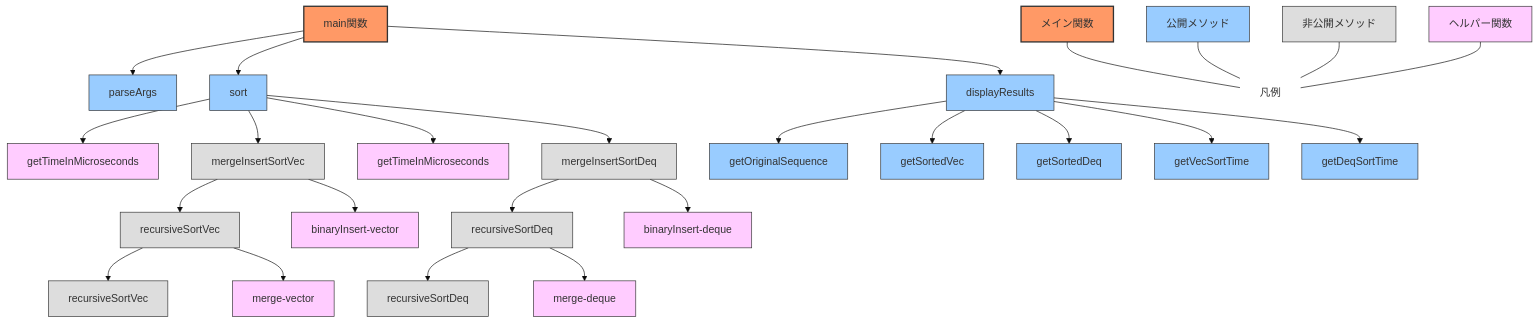
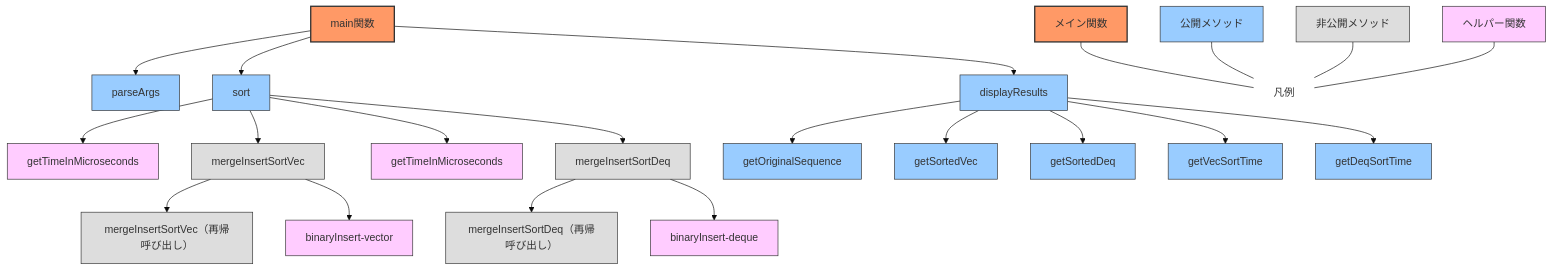
The diagram in CPP09/ex02/README.md (1RO8s/CPP00-04), drawn with Mermaid (base theme) before and after one commit. The commit also changed other lines of this file, not shown here.

Commit message:
[CPP09/ex02] mermaidの修正

````diff
--- a/CPP09/ex02/README.md
+++ b/CPP09/ex02/README.md
@@ -4,58 +4,52 @@
 ```mermaid
 graph TD
     %% メイン関数から始まる呼び出しフロー
     main[main関数] --> parseArgs[parseArgs]
     main --> sort[sort]
     main --> displayResults[displayResults]
     
     %% sort関数内での呼び出し
     sort --> getTimeInMicroseconds1[getTimeInMicroseconds]
     sort --> mergeInsertSortVec[mergeInsertSortVec]
     sort --> getTimeInMicroseconds2[getTimeInMicroseconds]
     sort --> mergeInsertSortDeq[mergeInsertSortDeq]
     
     %% vector実装での呼び出し階層
-    mergeInsertSortVec --> recursiveSortVec[recursiveSortVec]
+    mergeInsertSortVec --> mergeInsertSortVecSelf[mergeInsertSortVec（再帰呼び出し）]
     mergeInsertSortVec --> binaryInsertVec[binaryInsert-vector]
     
-    recursiveSortVec --> recursiveSortVecSelf[recursiveSortVec]
-    recursiveSortVec --> mergeVec[merge-vector]
-    
     %% deque実装での呼び出し階層
-    mergeInsertSortDeq --> recursiveSortDeq[recursiveSortDeq]
+    mergeInsertSortDeq --> mergeInsertSortDeqSelf[mergeInsertSortDeq（再帰呼び出し）]
     mergeInsertSortDeq --> binaryInsertDeq[binaryInsert-deque]
-    
-    recursiveSortDeq --> recursiveSortDeqSelf[recursiveSortDeq]
-    recursiveSortDeq --> mergeDeq[merge-deque]
     
     %% 結果表示関数の呼び出し
     displayResults --> getOriginalSequence[getOriginalSequence]
     displayResults --> getSortedVec[getSortedVec]
     displayResults --> getSortedDeq[getSortedDeq]
     displayResults --> getVecSortTime[getVecSortTime]
     displayResults --> getDeqSortTime[getDeqSortTime]
     
     %% 凡例
     legend[凡例]
     mainLegend[メイン関数] --- legend
     publicLegend[公開メソッド] --- legend
     privateLegend[非公開メソッド] --- legend
     helperLegend[ヘルパー関数] --- legend
     
     %% スタイル設定
     classDef main fill:#f96,stroke:#333,stroke-width:2px;
     classDef public fill:#9cf,stroke:#333,stroke-width:1px;
     classDef private fill:#ddd,stroke:#333,stroke-width:1px;
     classDef helper fill:#fcf,stroke:#333,stroke-width:1px;
     classDef legend fill:none,stroke:none;
     
     class main main;
     class parseArgs,sort,displayResults,getOriginalSequence,getSortedVec,getSortedDeq,getVecSortTime,getDeqSortTime public;
-    class mergeInsertSortVec,mergeInsertSortDeq,recursiveSortVec,recursiveSortDeq,recursiveSortVecSelf,recursiveSortDeqSelf private;
-    class getTimeInMicroseconds1,getTimeInMicroseconds2,binaryInsertVec,binaryInsertDeq,mergeVec,mergeDeq helper;
+    class mergeInsertSortVec,mergeInsertSortDeq,mergeInsertSortVecSelf,mergeInsertSortDeqSelf private;
+    class getTimeInMicroseconds1,getTimeInMicroseconds2,binaryInsertVec,binaryInsertDeq helper;
     class legend legend;
     class mainLegend main;
     class publicLegend public;
     class privateLegend private;
     class helperLegend helper;
 ```
````
